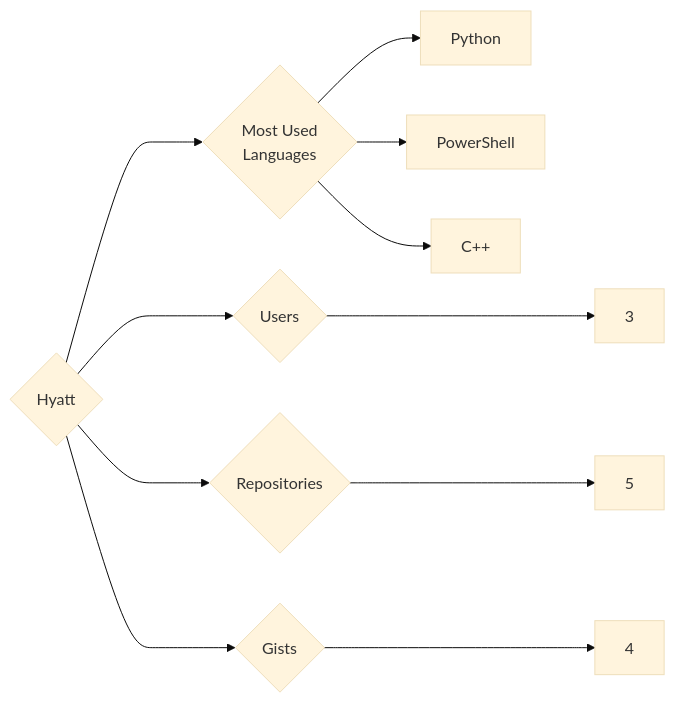
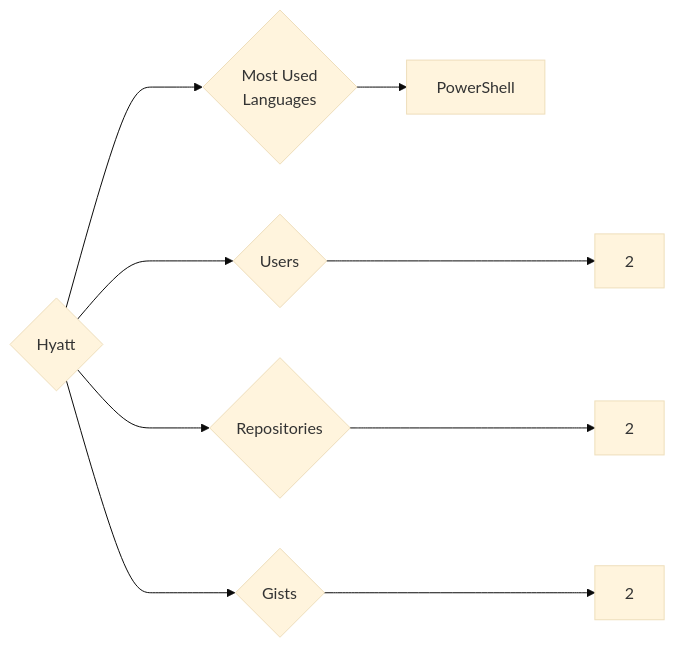
Before and after one commit to trickest/insiders: the diagram in targets/Hyatt/README.md, drawn with Mermaid (base theme). The commit also changed 1030 other files, not shown here.

````diff
--- a/targets/Hyatt/README.md
+++ b/targets/Hyatt/README.md
@@ -3,11 +3,9 @@
 ```mermaid
 graph LR
 COMPANY_NAME{Hyatt}
-COMPANY_NAME ---> U{Users} ---> UN[3]
-COMPANY_NAME ---> R{Repositories} ---> RN[5]
-COMPANY_NAME ---> G{Gists} ---> GN[4]
+COMPANY_NAME ---> U{Users} ---> UN[2]
+COMPANY_NAME ---> R{Repositories} ---> RN[2]
+COMPANY_NAME ---> G{Gists} ---> GN[2]
 COMPANY_NAME ---> ML{Most Used<br>Languages}
-ML --> Python[Python]
 ML --> PowerShell[PowerShell]
-ML --> C++[C++]
 ```
````
